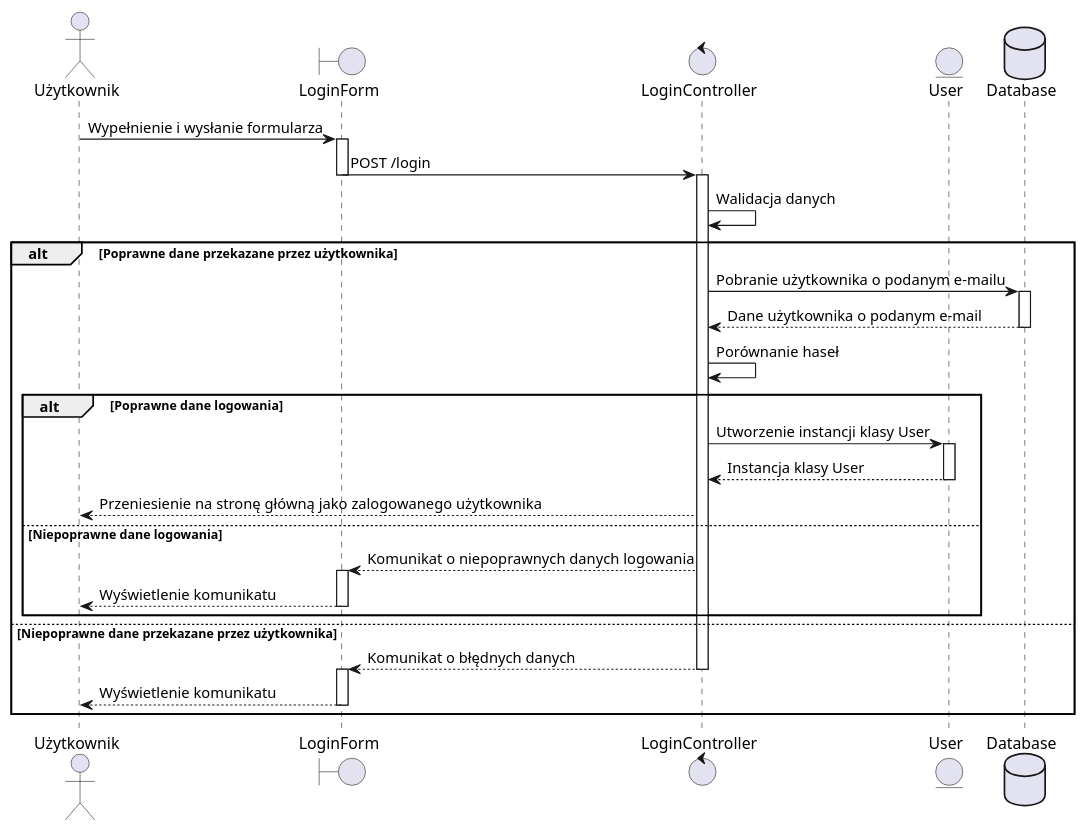
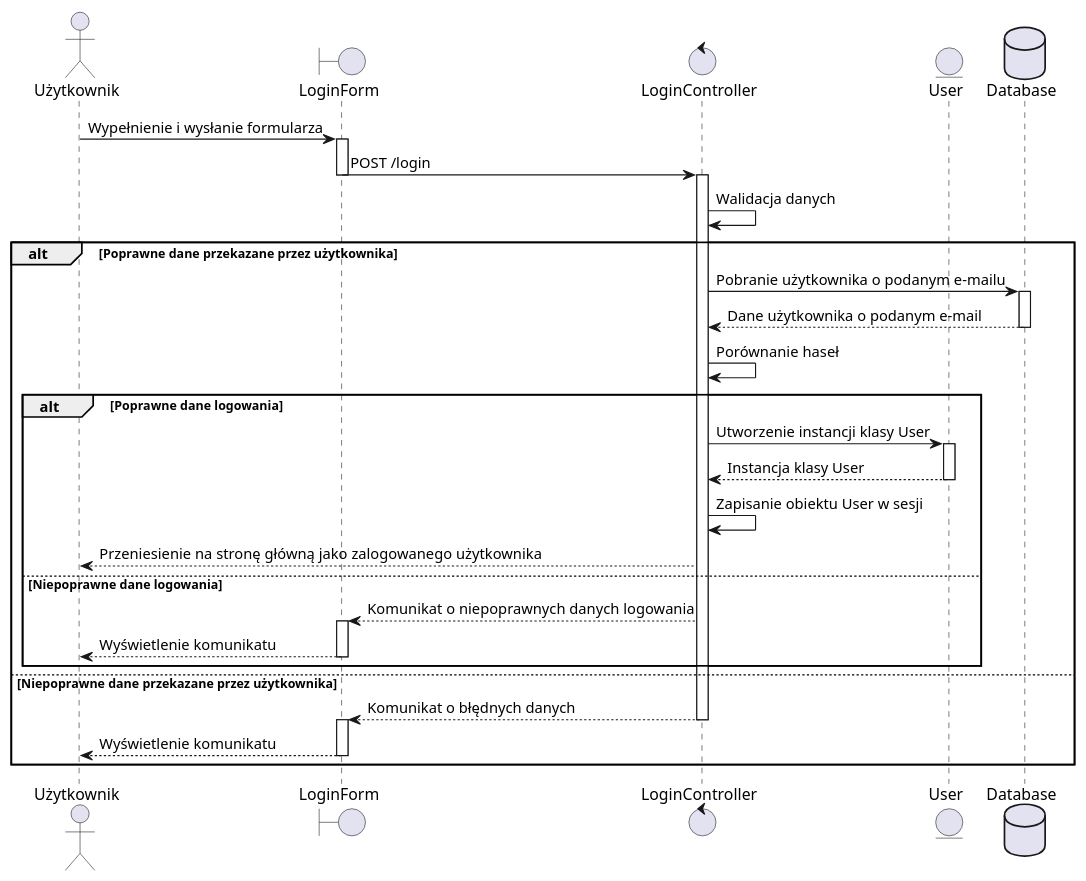
One commit to Tkapcer/SystemSprzedazyBiletow changed the diagram in Diagramy/Sekwencji/Logowanie.puml. Above: the diagram before and after it, drawn with PlantUML. The commit also changed 2 other files, not shown here.

Commit message:
Drobne zmiany w diagramach sekwencji

```diff
--- a/Diagramy/Sekwencji/Logowanie.puml
+++ b/Diagramy/Sekwencji/Logowanie.puml
@@ -1,43 +1,44 @@
 @startuml
 actor Użytkownik
 boundary LoginForm   /'Zewnętrzny interfejs systemu'/
 control LoginController  /'Element kontrolujący przepływ danych i logikę biznesową'/
 entity User
 database Database
 
 Użytkownik -> LoginForm: Wypełnienie i wysłanie formularza
 activate LoginForm
 LoginForm -> LoginController: POST /login
 deactivate LoginForm
 activate LoginController
 LoginController -> LoginController: Walidacja danych
 'note right: Głównie dla zabezpieczeniem przed atakami (np. SQL injection)
 
 alt Poprawne dane przekazane przez użytkownika
     LoginController -> Database: Pobranie użytkownika o podanym e-mailu
     activate Database
     Database --> LoginController: Dane użytkownika o podanym e-mail
     deactivate Database
     LoginController -> LoginController: Porównanie haseł
 
     alt Poprawne dane logowania
         LoginController -> User: Utworzenie instancji klasy User
         activate User
         User --> LoginController: Instancja klasy User
         deactivate User
+        LoginController -> LoginController: Zapisanie obiektu User w sesji
         LoginController --> Użytkownik: Przeniesienie na stronę główną jako zalogowanego użytkownika
     else Niepoprawne dane logowania
         LoginController --> LoginForm: Komunikat o niepoprawnych danych logowania
         activate LoginForm
         LoginForm --> Użytkownik: Wyświetlenie komunikatu
         deactivate LoginForm
     end
 
 else Niepoprawne dane przekazane przez użytkownika
     LoginController --> LoginForm: Komunikat o błędnych danych
     deactivate LoginController
     activate LoginForm
     LoginForm --> Użytkownik: Wyświetlenie komunikatu
     deactivate LoginForm
 end
 @enduml
```
